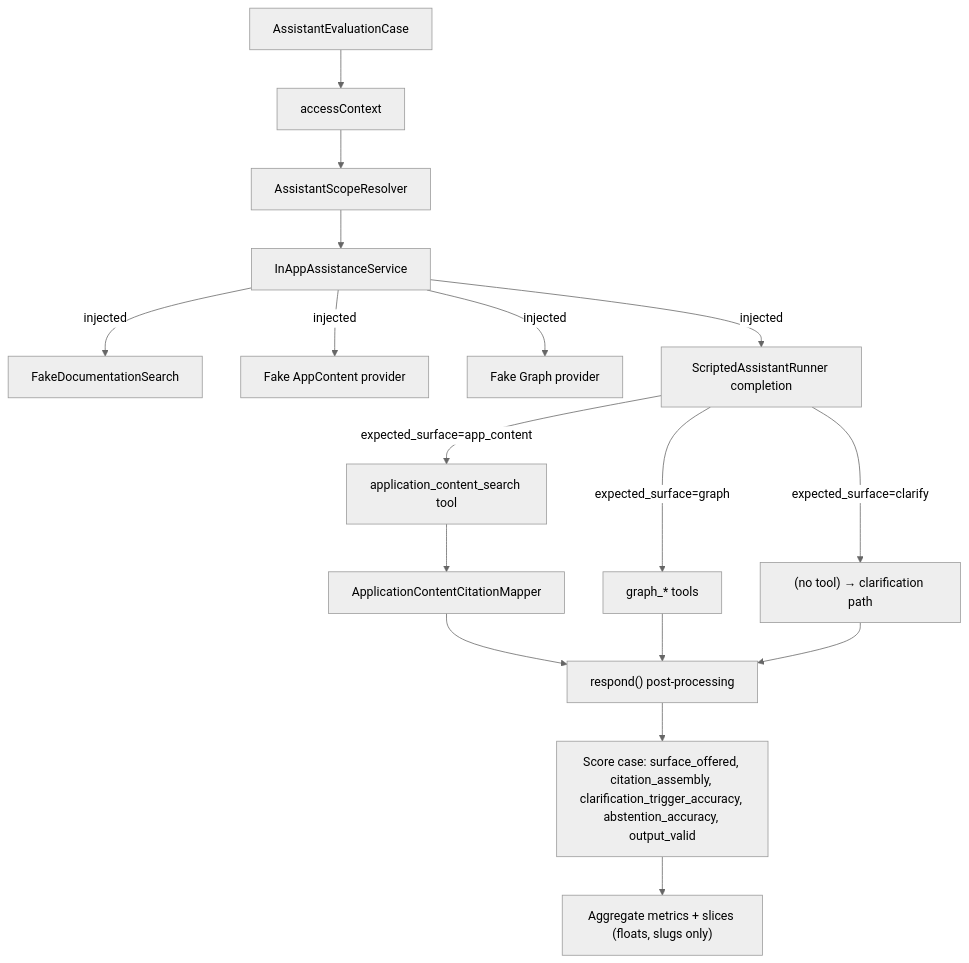
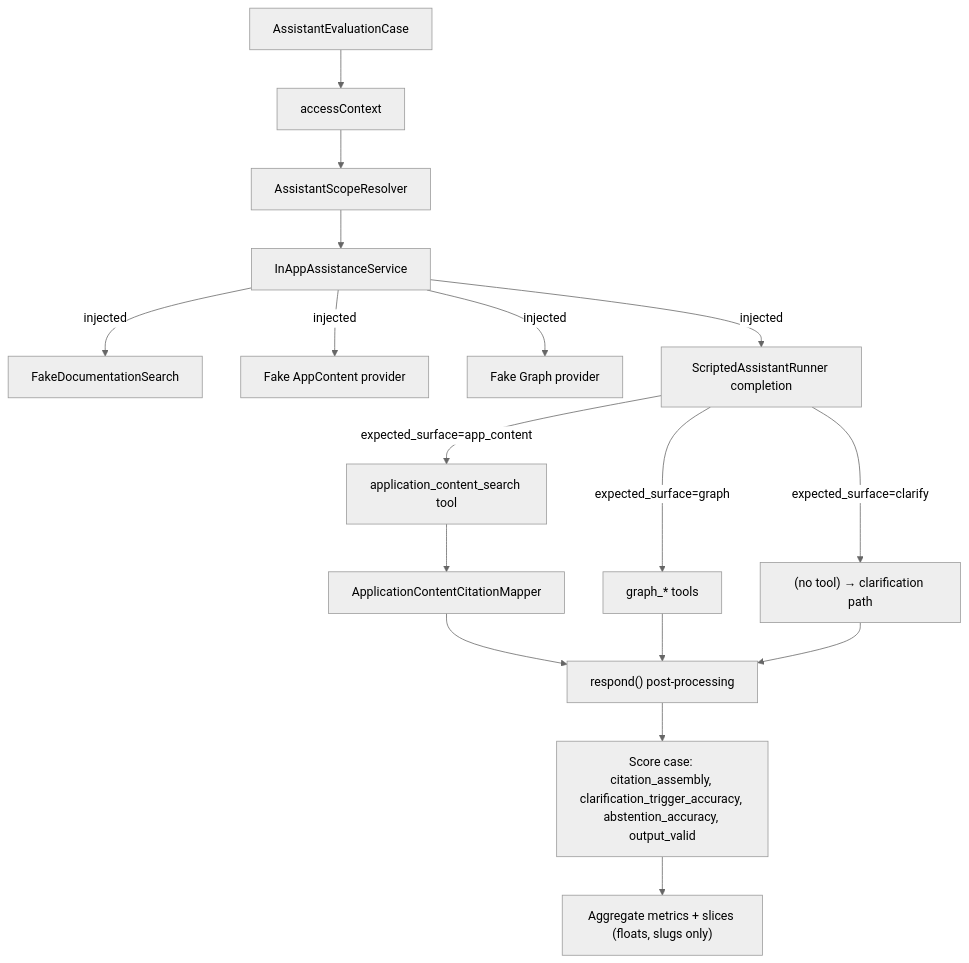
Before and after one commit to swolley/laraplate-ai: the diagram in docs/rag/ASSISTANT_EVALUATION.md, drawn with Mermaid (neutral theme). The commit also changed other lines of this file, not shown here.

````diff
--- a/docs/rag/ASSISTANT_EVALUATION.md
+++ b/docs/rag/ASSISTANT_EVALUATION.md
@@ -58,19 +56,19 @@
 ```mermaid
 flowchart TB
   Case[AssistantEvaluationCase] --> Access[accessContext]
   Access --> Scope[AssistantScopeResolver]
   Scope --> Service[InAppAssistanceService]
   Service -->|injected| DocRetrieval[FakeDocumentationSearch]
   Service -->|injected| AppFake[Fake AppContent provider]
   Service -->|injected| GraphFake[Fake Graph provider]
   Service -->|injected| ScriptedCompletion[ScriptedAssistantRunner completion]
   ScriptedCompletion -->|expected_surface=app_content| AppTool[application_content_search tool]
   ScriptedCompletion -->|expected_surface=graph| GraphTool[graph_* tools]
   ScriptedCompletion -->|expected_surface=clarify| Nothing["(no tool) → clarification path"]
   AppTool --> Cite[ApplicationContentCitationMapper]
   Cite --> Respond["respond() post-processing"]
   GraphTool --> Respond
   Nothing --> Respond
-  Respond --> Score["Score case: surface_offered, citation_assembly, clarification_trigger_accuracy, abstention_accuracy, output_valid"]
+  Respond --> Score["Score case: citation_assembly, clarification_trigger_accuracy, abstention_accuracy, output_valid"]
   Score --> Report["Aggregate metrics + slices (floats, slugs only)"]
 ```
````
